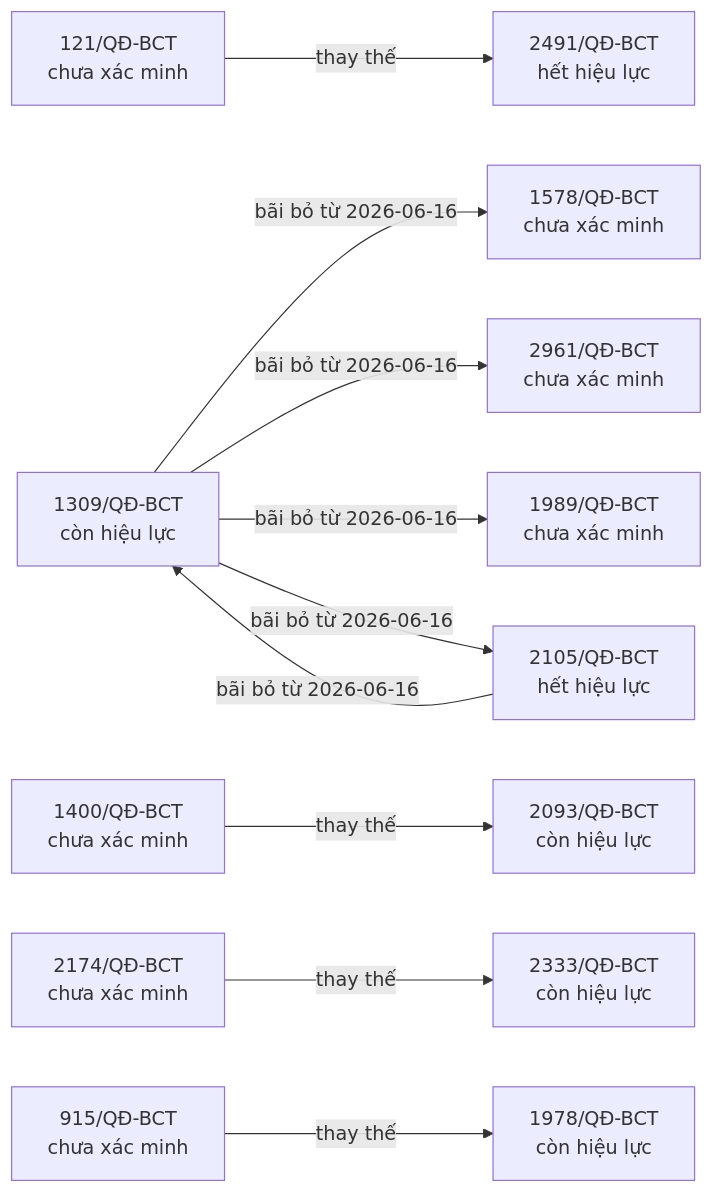
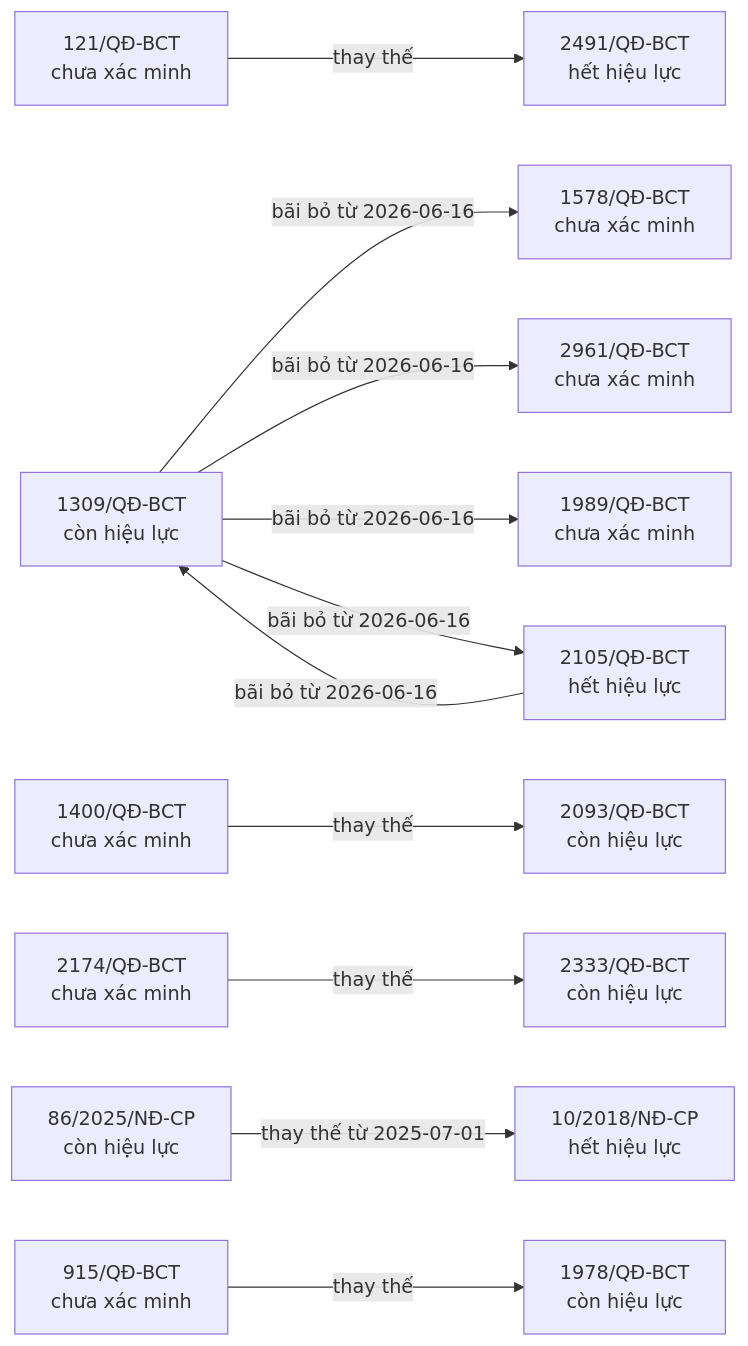
Before and after one commit to ozvietnam/oz-wiki-plhq: the fifth of 8 diagrams in bao-cao/quan-he.md, drawn with Mermaid. The commit also changed other lines of this file and 4 other files, not shown here.

````diff
--- a/bao-cao/quan-he.md
+++ b/bao-cao/quan-he.md
@@ -235,25 +231,28 @@
 ```mermaid
 flowchart LR
   n_121_Q__BCT["121/QĐ-BCT<br/>chưa xác minh"]
   n_2491_Q__BCT["2491/QĐ-BCT<br/>hết hiệu lực"]
   n_1309_Q__BCT["1309/QĐ-BCT<br/>còn hiệu lực"]
   n_1578_Q__BCT["1578/QĐ-BCT<br/>chưa xác minh"]
   n_2961_Q__BCT["2961/QĐ-BCT<br/>chưa xác minh"]
   n_1989_Q__BCT["1989/QĐ-BCT<br/>chưa xác minh"]
   n_2105_Q__BCT["2105/QĐ-BCT<br/>hết hiệu lực"]
   n_1400_Q__BCT["1400/QĐ-BCT<br/>chưa xác minh"]
   n_2093_Q__BCT["2093/QĐ-BCT<br/>còn hiệu lực"]
   n_2174_Q__BCT["2174/QĐ-BCT<br/>chưa xác minh"]
   n_2333_Q__BCT["2333/QĐ-BCT<br/>còn hiệu lực"]
+  n_86_2025_N__CP["86/2025/NĐ-CP<br/>còn hiệu lực"]
+  n_10_2018_N__CP["10/2018/NĐ-CP<br/>hết hiệu lực"]
   n_915_Q__BCT["915/QĐ-BCT<br/>chưa xác minh"]
   n_1978_Q__BCT["1978/QĐ-BCT<br/>còn hiệu lực"]
   n_121_Q__BCT -->|thay thế| n_2491_Q__BCT
   n_1309_Q__BCT -->|bãi bỏ từ 2026-06-16| n_1578_Q__BCT
   n_1309_Q__BCT -->|bãi bỏ từ 2026-06-16| n_2961_Q__BCT
   n_1309_Q__BCT -->|bãi bỏ từ 2026-06-16| n_1989_Q__BCT
   n_1309_Q__BCT -->|bãi bỏ từ 2026-06-16| n_2105_Q__BCT
   n_1400_Q__BCT -->|thay thế| n_2093_Q__BCT
   n_2105_Q__BCT -->|bãi bỏ từ 2026-06-16| n_1309_Q__BCT
   n_2174_Q__BCT -->|thay thế| n_2333_Q__BCT
+  n_86_2025_N__CP -->|thay thế từ 2025-07-01| n_10_2018_N__CP
   n_915_Q__BCT -->|thay thế| n_1978_Q__BCT
 ```
````
